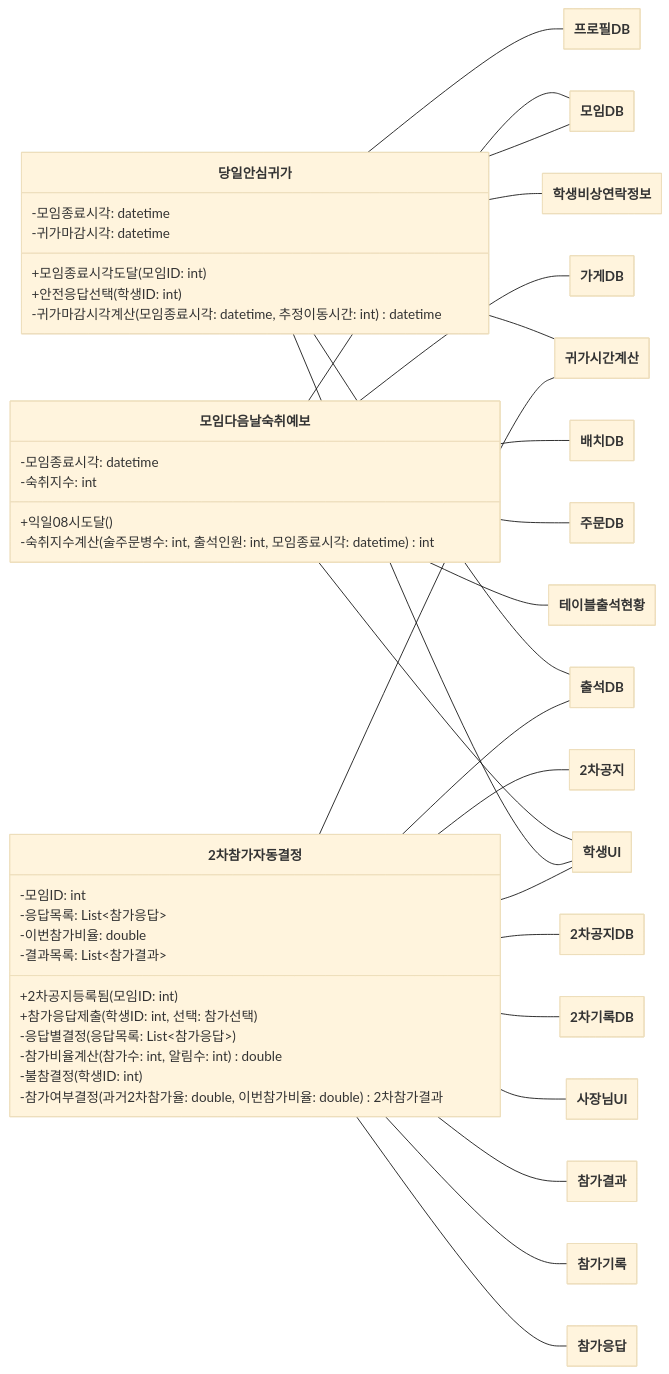
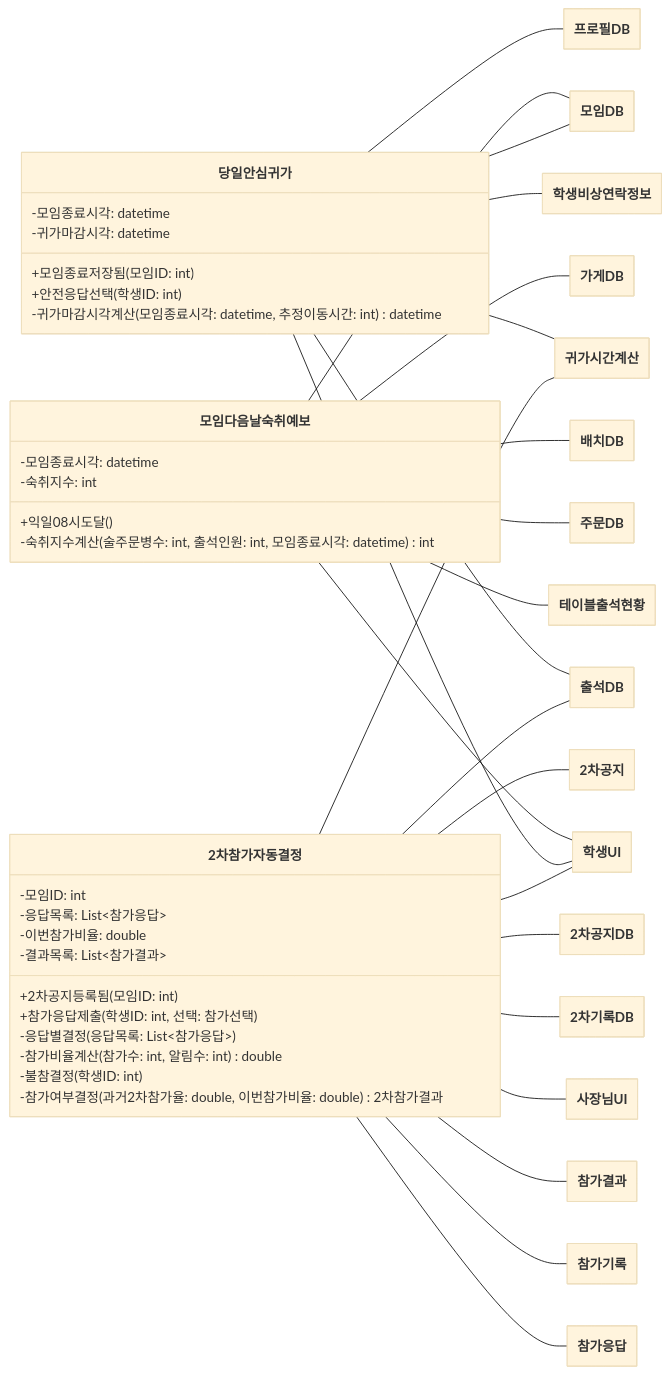
One commit to hojae3/sw-engineering-16 changed the seventh of 14 diagrams in class-diagram/class-diagram.md. Above: the diagram before and after it, drawn with Mermaid (base theme). The commit also changed other lines of this file and 11 other files, not shown here.

````diff
--- a/class-diagram/class-diagram.md
+++ b/class-diagram/class-diagram.md
@@ -556,73 +556,73 @@
 ```mermaid
 ---
 config:
   class:
     hideEmptyMembersBox: true
 ---
 classDiagram
     direction LR
     class SafeReturnHome["당일안심귀가"] {
         -모임종료시각: datetime
         -귀가마감시각: datetime
-        +모임종료시각도달(모임ID: int)
+        +모임종료저장됨(모임ID: int)
         +안전응답선택(학생ID: int)
         -귀가마감시각계산(모임종료시각: datetime, 추정이동시간: int) datetime
     }
     class HangoverForecast["모임다음날숙취예보"] {
         -모임종료시각: datetime
         -숙취지수: int
         +익일08시도달()
         -숙취지수계산(술주문병수: int, 출석인원: int, 모임종료시각: datetime) int
     }
     class SecondRoundAutoDecision["2차참가자동결정"] {
         -모임ID: int
         -응답목록: List~참가응답~
         -이번참가비율: double
         -결과목록: List~참가결과~
         +2차공지등록됨(모임ID: int)
         +참가응답제출(학생ID: int, 선택: 참가선택)
         -응답별결정(응답목록: List~참가응답~)
         -참가비율계산(참가수: int, 알림수: int) double
         -불참결정(학생ID: int)
         -참가여부결정(과거2차참가율: double, 이번참가비율: double) 2차참가결과
     }
     class SecondNotice["2차공지"]
     class SecondNoticeDB["2차공지DB"]
     class SecondRecordDB["2차기록DB"]
     class StoreDB["가게DB"]
     class ReturnHomeTimeCalc["귀가시간계산"]
     class MeetingDB["모임DB"]
     class ArrangementDB["배치DB"]
     class OwnerUI["사장님UI"]
     class OrderDB["주문DB"]
     class ParticipationResult["참가결과"]
     class ParticipationRecord["참가기록"]
     class ParticipationResponse["참가응답"]
     class AttendanceDB["출석DB"]
     class TableAttendanceStatus["테이블출석현황"]
     class ProfileDB["프로필DB"]
     class StudentUI["학생UI"]
     class StudentEmergencyContact["학생비상연락정보"]
     SecondRoundAutoDecision -- SecondNotice
     SecondRoundAutoDecision -- SecondNoticeDB
     SecondRoundAutoDecision -- SecondRecordDB
     SecondRoundAutoDecision -- ReturnHomeTimeCalc
     SecondRoundAutoDecision -- OwnerUI
     SecondRoundAutoDecision -- ParticipationResult
     SecondRoundAutoDecision -- ParticipationRecord
     SecondRoundAutoDecision -- ParticipationResponse
     SecondRoundAutoDecision -- AttendanceDB
     SecondRoundAutoDecision -- StudentUI
     HangoverForecast -- StoreDB
     SafeReturnHome -- ReturnHomeTimeCalc
     SafeReturnHome -- MeetingDB
     SafeReturnHome -- AttendanceDB
     SafeReturnHome -- ProfileDB
     SafeReturnHome -- StudentUI
     SafeReturnHome -- StudentEmergencyContact
     HangoverForecast -- MeetingDB
     HangoverForecast -- ArrangementDB
     HangoverForecast -- OrderDB
     HangoverForecast -- TableAttendanceStatus
     HangoverForecast -- StudentUI
 ```
````
